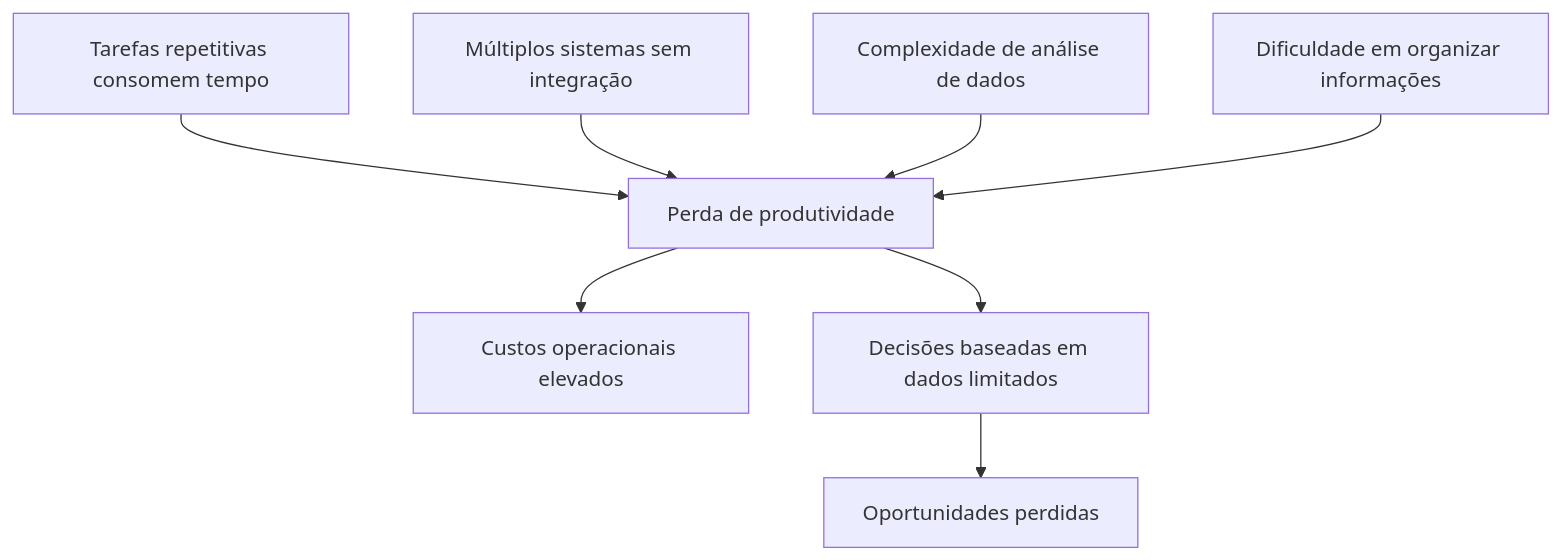
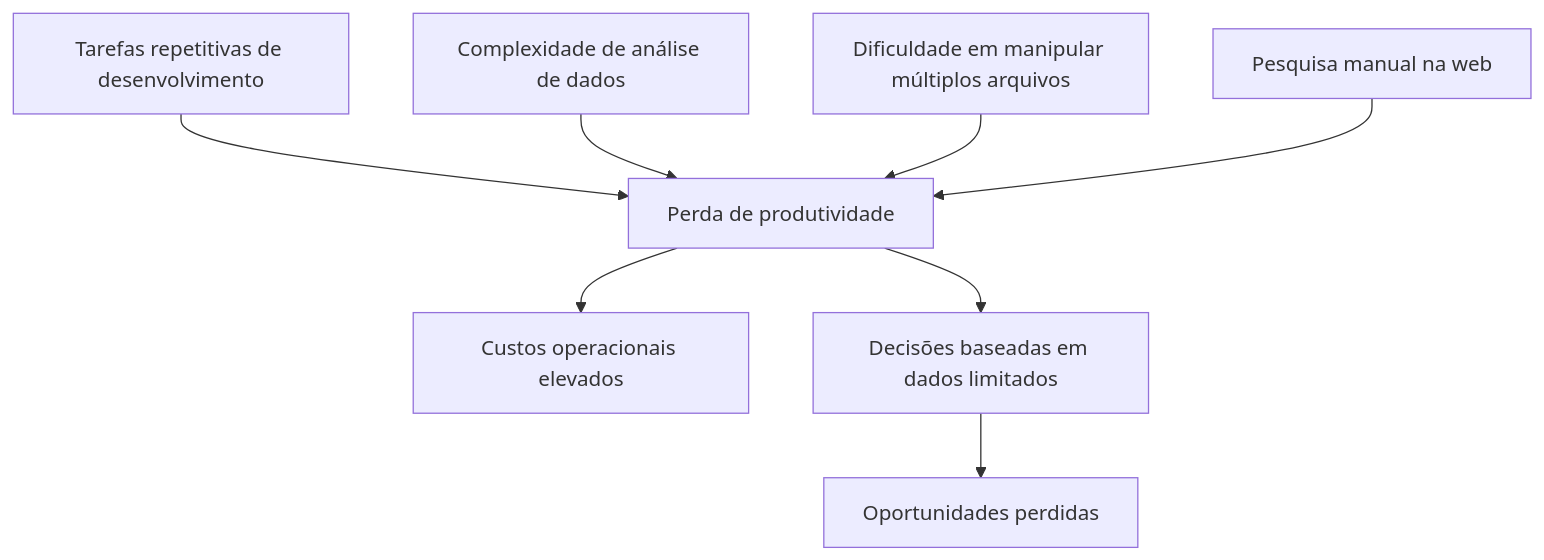
Before and after one commit to nextlw/cmex_poc: the first of 7 diagrams in docs/apresentacao/agente_ia_generativo-press.md, drawn with Mermaid. The commit also changed other lines of this file and 7 other files, not shown here.

````diff
--- a/docs/apresentacao/agente_ia_generativo-press.md
+++ b/docs/apresentacao/agente_ia_generativo-press.md
@@ -25,10 +25,10 @@
 ```mermaid
 graph TD
-    A[Tarefas repetitivas consomem tempo] --> E[Perda de produtividade]
-    B[Múltiplos sistemas sem integração] --> E
-    C[Complexidade de análise de dados] --> E
-    D[Dificuldade em organizar informações] --> E
+    A[Tarefas repetitivas de desenvolvimento] --> E[Perda de produtividade]
+    B[Complexidade de análise de dados] --> E
+    C[Dificuldade em manipular múltiplos arquivos] --> E
+    D[Pesquisa manual na web] --> E
     E --> F[Custos operacionais elevados]
     E --> G[Decisões baseadas em dados limitados]
     G --> H[Oportunidades perdidas]
 ```
````
